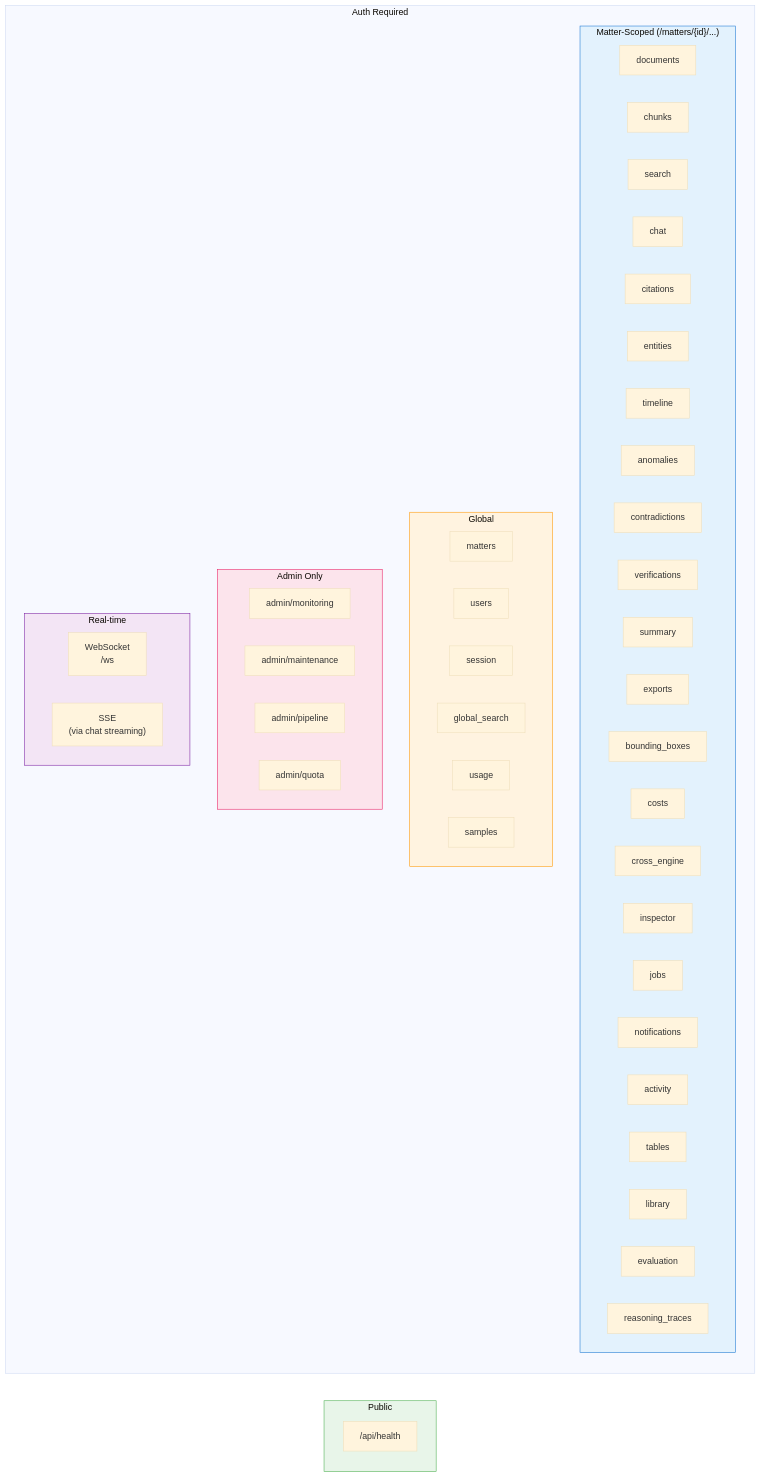
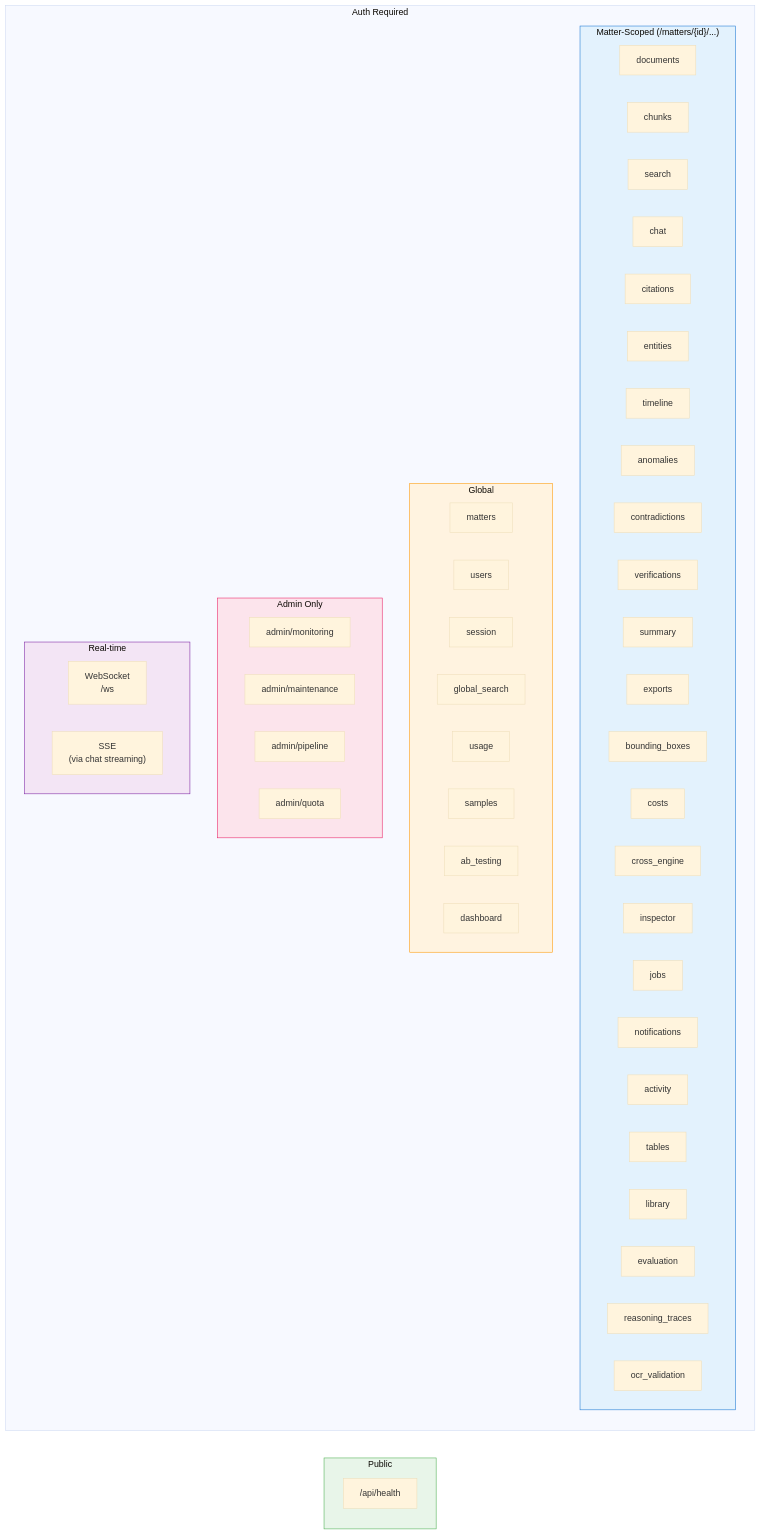
Before and after one commit to juhinebhnani4/LDIP: the ninth of 11 diagrams in docs/architecture-diagrams.md, drawn with Mermaid (base theme). The commit also changed other lines of this file, not shown here.

First line of the commit message:
docs: update architecture diagrams with full codebase coverage

````diff
--- a/docs/architecture-diagrams.md
+++ b/docs/architecture-diagrams.md
@@ -632,61 +918,64 @@
 ```mermaid
 graph LR
     subgraph PUBLIC["Public"]
         HEALTH["/api/health"]
     end
 
     subgraph AUTH_ROUTES["Auth Required"]
         subgraph MATTER_SCOPED["Matter-Scoped (/matters/{id}/...)"]
             R_DOCS["documents"]
             R_CHUNKS["chunks"]
             R_SEARCH["search"]
             R_CHAT["chat"]
             R_CITATIONS["citations"]
             R_ENTITIES["entities"]
             R_TIMELINE["timeline"]
             R_ANOMALIES["anomalies"]
             R_CONTRA["contradictions"]
             R_FINDINGS["verifications"]
             R_SUMMARY["summary"]
             R_EXPORT["exports"]
             R_BBOX["bounding_boxes"]
             R_COSTS["costs"]
             R_CROSS["cross_engine"]
             R_INSPECTOR["inspector"]
             R_JOBS["jobs"]
             R_NOTIFY["notifications"]
             R_ACTIVITY["activity"]
             R_TABLES["tables"]
             R_LIBRARY["library"]
             R_EVAL["evaluation"]
             R_REASON["reasoning_traces"]
+            R_OCRVAL["ocr_validation"]
         end
 
         subgraph GLOBAL["Global"]
             R_MATTERS["matters"]
             R_USERS["users"]
             R_SESSION["session"]
             R_GSEARCH["global_search"]
             R_USAGE["usage"]
             R_SAMPLES["samples"]
+            R_ABTEST["ab_testing"]
+            R_DASHBOARD["dashboard"]
         end
 
         subgraph ADMIN_ROUTES["Admin Only"]
             R_MONITOR["admin/monitoring"]
             R_MAINT["admin/maintenance"]
             R_PIPELINE["admin/pipeline"]
             R_QUOTA["admin/quota"]
         end
 
         subgraph REALTIME["Real-time"]
             R_WS["WebSocket<br/>/ws"]
             R_SSE["SSE<br/>(via chat streaming)"]
         end
     end
 
     style PUBLIC fill:#e8f5e9,stroke:#4CAF50
     style MATTER_SCOPED fill:#e3f2fd,stroke:#1976D2
     style GLOBAL fill:#fff3e0,stroke:#FF9800
     style ADMIN_ROUTES fill:#fce4ec,stroke:#E91E63
     style REALTIME fill:#f3e5f5,stroke:#7B1FA2
 ```
````
